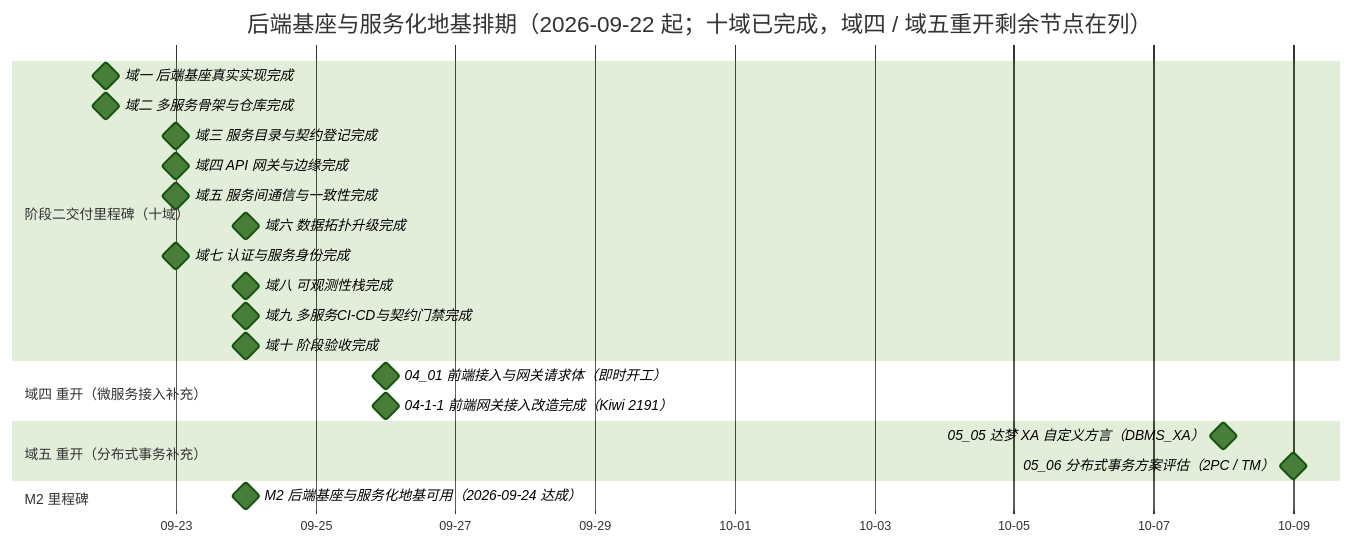
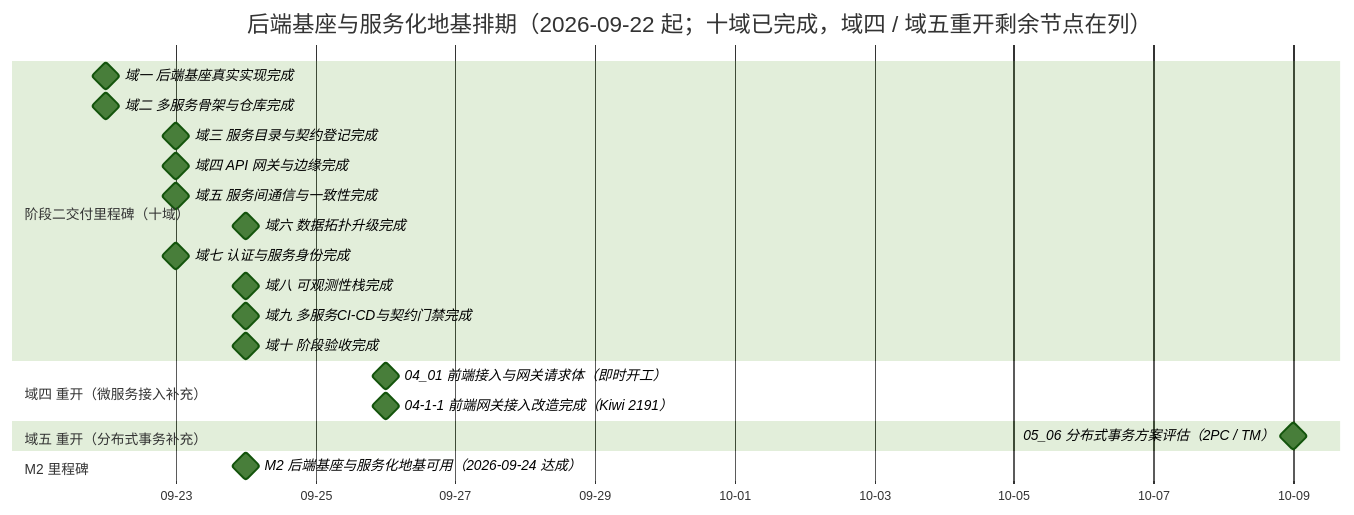
Before and after one commit to minjian123/basic-management-system: the diagram in bms文档/项目/02_后端基座与服务化地基/计划/01_计划_后端基座与服务化地基.md, drawn with Mermaid (forest theme). The commit also changed other lines of this file and 5 other files, not shown here.

````diff
--- a/bms文档/项目/02_后端基座与服务化地基/计划/01_计划_后端基座与服务化地基.md
+++ b/bms文档/项目/02_后端基座与服务化地基/计划/01_计划_后端基座与服务化地基.md
@@ -63,25 +63,24 @@
 ```mermaid
 gantt
     title 后端基座与服务化地基排期（2026-09-22 起；十域已完成，域四 / 域五重开剩余节点在列）
     dateFormat  YYYY-MM-DD
     axisFormat %m-%d
     section 阶段二交付里程碑（十域）
     域一 后端基座真实实现完成 :milestone, m01, 2026-09-22, 0d
     域二 多服务骨架与仓库完成 :milestone, m02, 2026-09-22, 0d
     域三 服务目录与契约登记完成 :milestone, m03, 2026-09-23, 0d
     域四 API 网关与边缘完成 :milestone, m04, 2026-09-23, 0d
     域五 服务间通信与一致性完成 :milestone, m05, 2026-09-23, 0d
     域六 数据拓扑升级完成 :milestone, m06, 2026-09-24, 0d
     域七 认证与服务身份完成 :milestone, m07, 2026-09-23, 0d
     域八 可观测性栈完成 :milestone, m08, 2026-09-24, 0d
     域九 多服务CI-CD与契约门禁完成 :milestone, m09, 2026-09-24, 0d
     域十 阶段验收完成 :milestone, m10, 2026-09-24, 0d
     section 域四 重开（微服务接入补充）
     04_01 前端接入与网关请求体（即时开工） :milestone, m0401x, 2026-09-26, 0d
     04-1-1 前端网关接入改造完成（Kiwi 2191） :milestone, m0401a, 2026-09-26, 0d
     section 域五 重开（分布式事务补充）
-    05_05 达梦 XA 自定义方言（DBMS_XA） :milestone, m0505, 2026-10-08, 0d
     05_06 分布式事务方案评估（2PC / TM） :milestone, m0506, 2026-10-09, 0d
     section M2 里程碑
     M2 后端基座与服务化地基可用（2026-09-24 达成） :milestone, mm2, 2026-09-24, 0d
 ```
````
